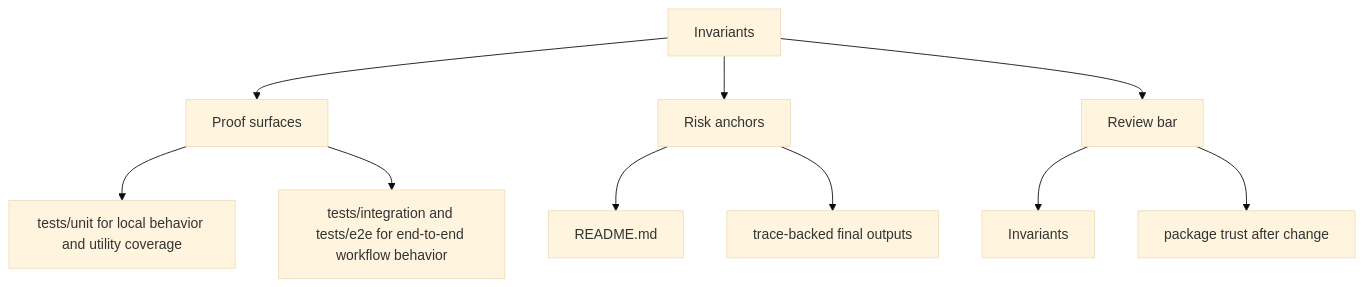
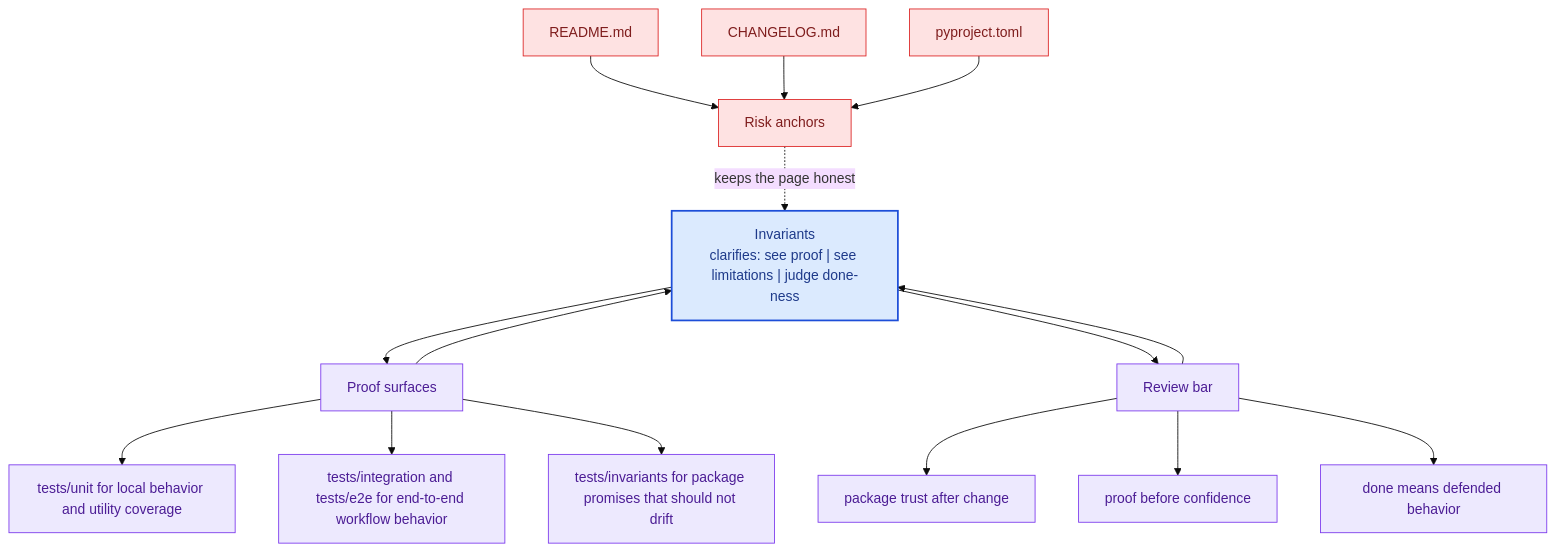
The second of 2 diagrams in docs/bijux-canon-agent/quality/invariants.md (bijux/bijux-canon), drawn with Mermaid (base theme) before and after one commit. The commit also changed other lines of this file and 281 other files, not shown here.

Commit message:
docs(diagrams): deepen handbook mermaid maps across the catalog

````diff
--- a/docs/bijux-canon-agent/quality/invariants.md
+++ b/docs/bijux-canon-agent/quality/invariants.md
@@ -34,22 +67,41 @@
 ```mermaid
-flowchart TD
-    page["Invariants"]
+flowchart TB
+    promise["Invariants<br/>clarifies: see proof | see limitations | judge done-ness"]
+    classDef promise fill:#dbeafe,stroke:#1d4ed8,color:#1e3a8a,stroke-width:2px;
+    classDef driver fill:#dcfce7,stroke:#16a34a,color:#14532d;
+    classDef constraint fill:#fee2e2,stroke:#dc2626,color:#7f1d1d;
+    classDef ground fill:#ede9fe,stroke:#7c3aed,color:#4c1d95;
     focus1["Proof surfaces"]
-    page --> focus1
+    focus1 --> promise
+    promise --> focus1
     focus1_1["tests/unit for local behavior and utility coverage"]
     focus1 --> focus1_1
     focus1_2["tests/integration and tests/e2e for end-to-end workflow behavior"]
     focus1 --> focus1_2
+    focus1_3["tests/invariants for package promises that should not drift"]
+    focus1 --> focus1_3
+    class focus1 ground;
+    class focus1_1,focus1_2,focus1_3 ground;
     focus2["Risk anchors"]
-    page --> focus2
+    focus2 -.keeps the page honest.-> promise
     focus2_1["README.md"]
-    focus2 --> focus2_1
-    focus2_2["trace-backed final outputs"]
-    focus2 --> focus2_2
+    focus2_1 --> focus2
+    focus2_2["CHANGELOG.md"]
+    focus2_2 --> focus2
+    focus2_3["pyproject.toml"]
+    focus2_3 --> focus2
+    class focus2 constraint;
+    class focus2_1,focus2_2,focus2_3 constraint;
     focus3["Review bar"]
-    page --> focus3
-    focus3_1["Invariants"]
+    focus3 --> promise
+    promise --> focus3
+    focus3_1["package trust after change"]
     focus3 --> focus3_1
-    focus3_2["package trust after change"]
+    focus3_2["proof before confidence"]
     focus3 --> focus3_2
+    focus3_3["done means defended behavior"]
+    focus3 --> focus3_3
+    class focus3 ground;
+    class focus3_1,focus3_2,focus3_3 ground;
+    class promise promise;
 ```
````
